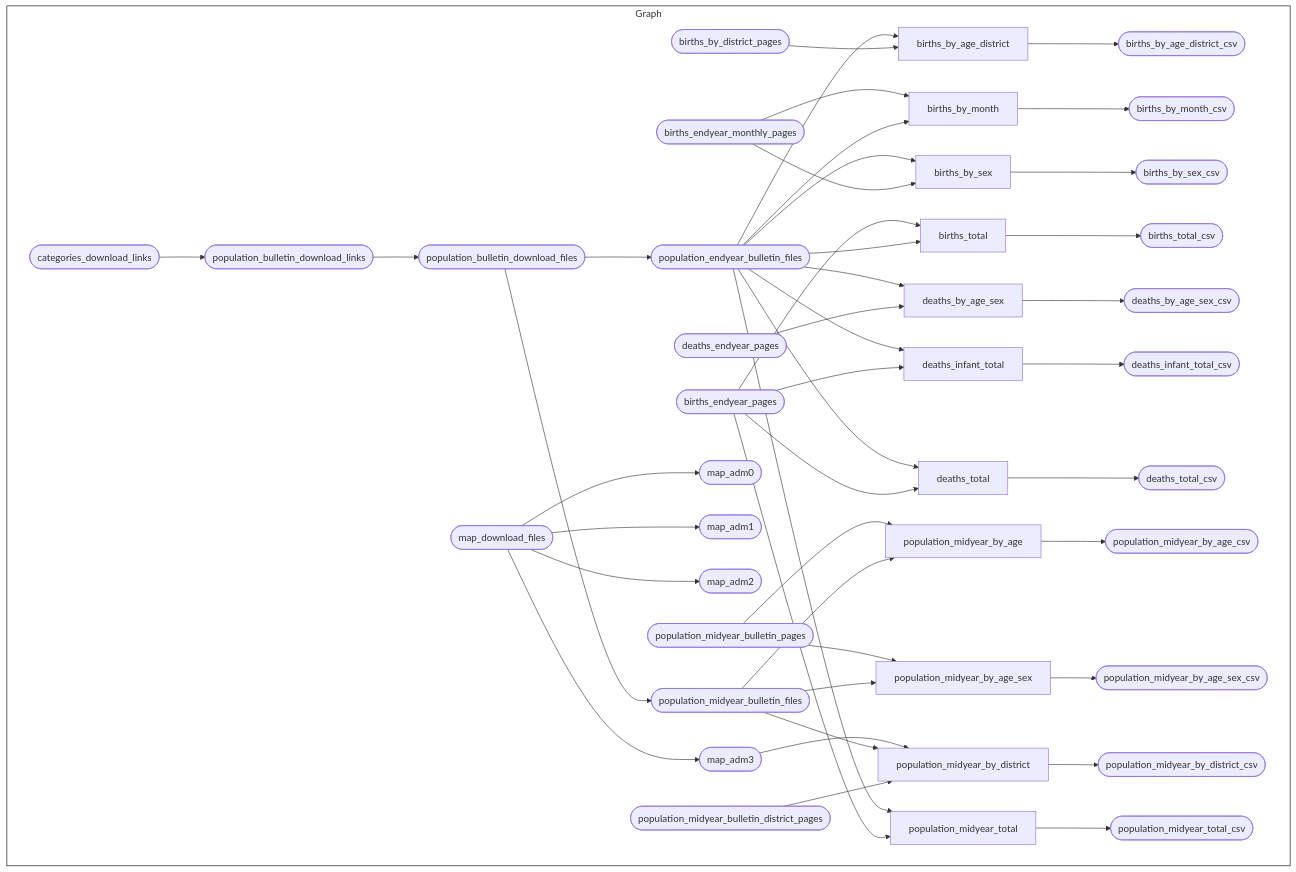
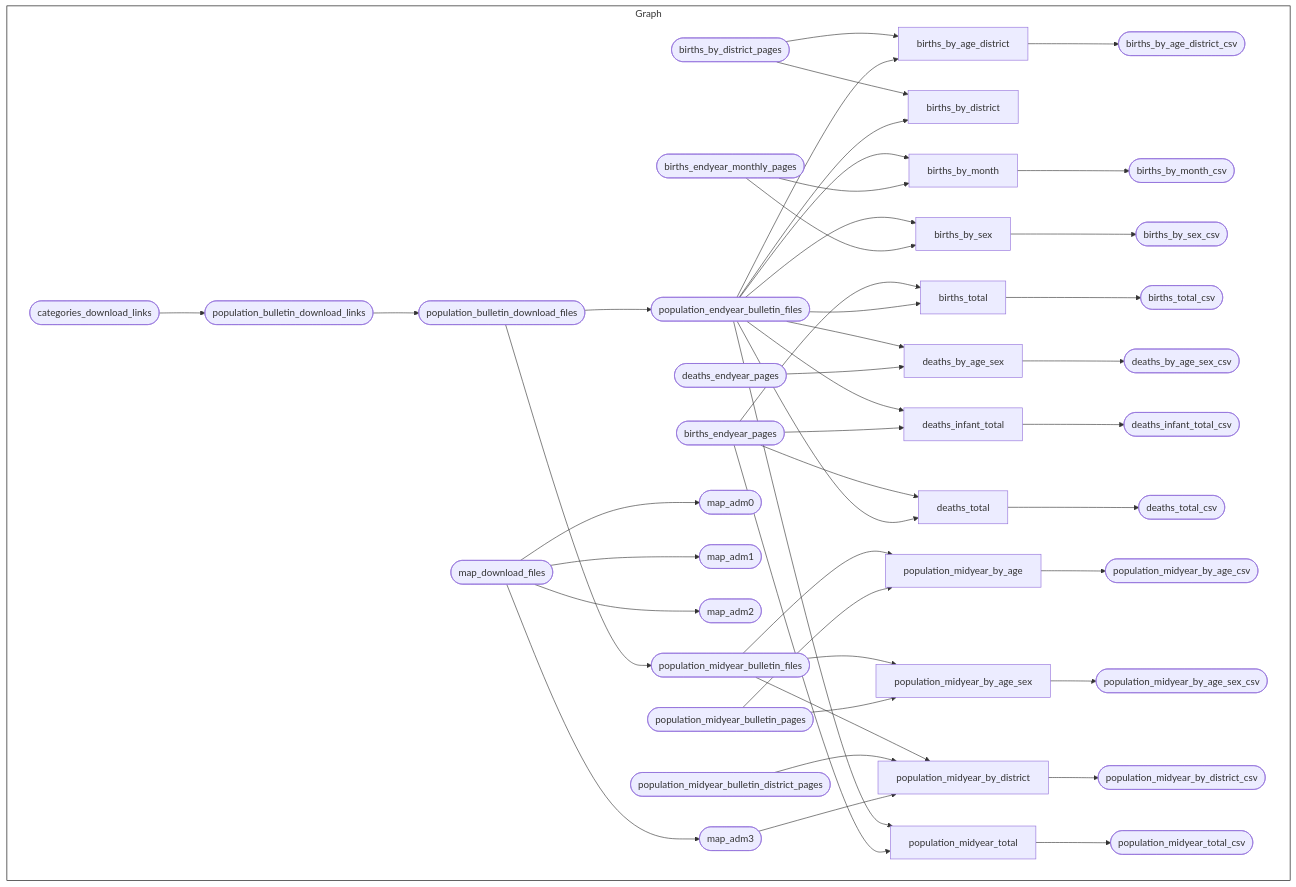
The diagram in README.md (OxfordIHTM/seychelles-statistics), drawn with Mermaid before and after one commit. The commit also changed 3 other files, not shown here.

Commit message:
create targets/outputs for births_by_district; fix #48

````diff
--- a/README.md
+++ b/README.md
@@ -205,50 +205,52 @@
 ``` mermaid
 graph LR
   style Graph fill:#FFFFFF00,stroke:#000000;
   subgraph Graph
     direction LR
-    x39c53f3806f354bf(["births_by_district_pages"]):::skipped --> x4094d4f6d0f8f35a["births_by_age_district"]:::skipped
-    xeea0ec396e5de5da(["population_endyear_bulletin_files"]):::skipped --> x4094d4f6d0f8f35a["births_by_age_district"]:::skipped
-    x4094d4f6d0f8f35a["births_by_age_district"]:::skipped --> x11faadcda3280dc2(["births_by_age_district_csv"]):::skipped
+    x39c53f3806f354bf(["births_by_district_pages"]):::skipped --> x4094d4f6d0f8f35a["births_by_age_district"]:::completed
+    xeea0ec396e5de5da(["population_endyear_bulletin_files"]):::skipped --> x4094d4f6d0f8f35a["births_by_age_district"]:::completed
+    x4094d4f6d0f8f35a["births_by_age_district"]:::completed --> x11faadcda3280dc2(["births_by_age_district_csv"]):::skipped
+    x39c53f3806f354bf(["births_by_district_pages"]):::skipped --> x0c2c53d9eeb365ed["births_by_district"]:::completed
+    xeea0ec396e5de5da(["population_endyear_bulletin_files"]):::skipped --> x0c2c53d9eeb365ed["births_by_district"]:::completed
     xeea0ec396e5de5da(["population_endyear_bulletin_files"]):::skipped --> x2c584c9caafc1be8["births_by_month"]:::skipped
     x5c7646da106bc2f6(["births_endyear_monthly_pages"]):::skipped --> x2c584c9caafc1be8["births_by_month"]:::skipped
     x2c584c9caafc1be8["births_by_month"]:::skipped --> xa87bb9563f27e00c(["births_by_month_csv"]):::skipped
+    xeea0ec396e5de5da(["population_endyear_bulletin_files"]):::skipped --> x1e485a7f2384826f["births_by_sex"]:::skipped
     x5c7646da106bc2f6(["births_endyear_monthly_pages"]):::skipped --> x1e485a7f2384826f["births_by_sex"]:::skipped
-    xeea0ec396e5de5da(["population_endyear_bulletin_files"]):::skipped --> x1e485a7f2384826f["births_by_sex"]:::skipped
     x1e485a7f2384826f["births_by_sex"]:::skipped --> xa6b75ce42a7aa79e(["births_by_sex_csv"]):::skipped
+    xe648a7801cd2da2c(["births_endyear_pages"]):::skipped --> x2f4500c2756065a9["births_total"]:::skipped
     xeea0ec396e5de5da(["population_endyear_bulletin_files"]):::skipped --> x2f4500c2756065a9["births_total"]:::skipped
-    xe648a7801cd2da2c(["births_endyear_pages"]):::skipped --> x2f4500c2756065a9["births_total"]:::skipped
     x2f4500c2756065a9["births_total"]:::skipped --> xd95928afea598d8e(["births_total_csv"]):::skipped
-    x344a2780ffaeb7bd(["deaths_endyear_pages"]):::skipped --> xae333981c466810a["deaths_by_age_sex"]:::completed
-    xeea0ec396e5de5da(["population_endyear_bulletin_files"]):::skipped --> xae333981c466810a["deaths_by_age_sex"]:::completed
-    xae333981c466810a["deaths_by_age_sex"]:::completed --> xaf8165dda7ea936b(["deaths_by_age_sex_csv"]):::completed
+    xeea0ec396e5de5da(["population_endyear_bulletin_files"]):::skipped --> xae333981c466810a["deaths_by_age_sex"]:::skipped
+    x344a2780ffaeb7bd(["deaths_endyear_pages"]):::skipped --> xae333981c466810a["deaths_by_age_sex"]:::skipped
+    xae333981c466810a["deaths_by_age_sex"]:::skipped --> xaf8165dda7ea936b(["deaths_by_age_sex_csv"]):::skipped
+    xeea0ec396e5de5da(["population_endyear_bulletin_files"]):::skipped --> x1d5c00f1e4e41ab7["deaths_infant_total"]:::skipped
     xe648a7801cd2da2c(["births_endyear_pages"]):::skipped --> x1d5c00f1e4e41ab7["deaths_infant_total"]:::skipped
-    xeea0ec396e5de5da(["population_endyear_bulletin_files"]):::skipped --> x1d5c00f1e4e41ab7["deaths_infant_total"]:::skipped
     x1d5c00f1e4e41ab7["deaths_infant_total"]:::skipped --> x548dbfa0844427dc(["deaths_infant_total_csv"]):::skipped
     xe648a7801cd2da2c(["births_endyear_pages"]):::skipped --> xfd0ff0d9529d4bbd["deaths_total"]:::skipped
     xeea0ec396e5de5da(["population_endyear_bulletin_files"]):::skipped --> xfd0ff0d9529d4bbd["deaths_total"]:::skipped
     xfd0ff0d9529d4bbd["deaths_total"]:::skipped --> xe42488d3267f69ff(["deaths_total_csv"]):::skipped
     x8e509dc7997a12f8(["map_download_files"]):::skipped --> x4851b2941f7c62fc(["map_adm0"]):::skipped
     x8e509dc7997a12f8(["map_download_files"]):::skipped --> xccb26dd891c9a035(["map_adm1"]):::skipped
     x8e509dc7997a12f8(["map_download_files"]):::skipped --> x30d02f8bff8e7f8d(["map_adm2"]):::skipped
     x8e509dc7997a12f8(["map_download_files"]):::skipped --> x7b26bed1fc581742(["map_adm3"]):::skipped
     x90a781ac8daf46c6(["population_bulletin_download_links"]):::skipped --> x303dcb35f327bc97(["population_bulletin_download_files"]):::skipped
     xa7b0e3bf1c25b597(["categories_download_links"]):::skipped --> x90a781ac8daf46c6(["population_bulletin_download_links"]):::skipped
     x303dcb35f327bc97(["population_bulletin_download_files"]):::skipped --> xeea0ec396e5de5da(["population_endyear_bulletin_files"]):::skipped
     x303dcb35f327bc97(["population_bulletin_download_files"]):::skipped --> x52e965cb7c1cd1fc(["population_midyear_bulletin_files"]):::skipped
     x52e965cb7c1cd1fc(["population_midyear_bulletin_files"]):::skipped --> x946771421caaa150["population_midyear_by_age"]:::skipped
     xefa1a60843915f9f(["population_midyear_bulletin_pages"]):::skipped --> x946771421caaa150["population_midyear_by_age"]:::skipped
     x946771421caaa150["population_midyear_by_age"]:::skipped --> xa1686cc888963231(["population_midyear_by_age_csv"]):::skipped
     x52e965cb7c1cd1fc(["population_midyear_bulletin_files"]):::skipped --> x426614807f974316["population_midyear_by_age_sex"]:::skipped
     xefa1a60843915f9f(["population_midyear_bulletin_pages"]):::skipped --> x426614807f974316["population_midyear_by_age_sex"]:::skipped
     x426614807f974316["population_midyear_by_age_sex"]:::skipped --> xf3039e66b37a1219(["population_midyear_by_age_sex_csv"]):::skipped
+    x52e965cb7c1cd1fc(["population_midyear_bulletin_files"]):::skipped --> xd0c8e8b884ab8581["population_midyear_by_district"]:::skipped
     x9f6b6d2ed74a37b4(["population_midyear_bulletin_district_pages"]):::skipped --> xd0c8e8b884ab8581["population_midyear_by_district"]:::skipped
-    x52e965cb7c1cd1fc(["population_midyear_bulletin_files"]):::skipped --> xd0c8e8b884ab8581["population_midyear_by_district"]:::skipped
     x7b26bed1fc581742(["map_adm3"]):::skipped --> xd0c8e8b884ab8581["population_midyear_by_district"]:::skipped
     xd0c8e8b884ab8581["population_midyear_by_district"]:::skipped --> xf94a6bce4cea6c14(["population_midyear_by_district_csv"]):::skipped
+    xeea0ec396e5de5da(["population_endyear_bulletin_files"]):::skipped --> x52d6a6119be69714["population_midyear_total"]:::skipped
     xe648a7801cd2da2c(["births_endyear_pages"]):::skipped --> x52d6a6119be69714["population_midyear_total"]:::skipped
-    xeea0ec396e5de5da(["population_endyear_bulletin_files"]):::skipped --> x52d6a6119be69714["population_midyear_total"]:::skipped
     x52d6a6119be69714["population_midyear_total"]:::skipped --> x37b834e41770c27f(["population_midyear_total_csv"]):::skipped
     
   end
 ```
````
